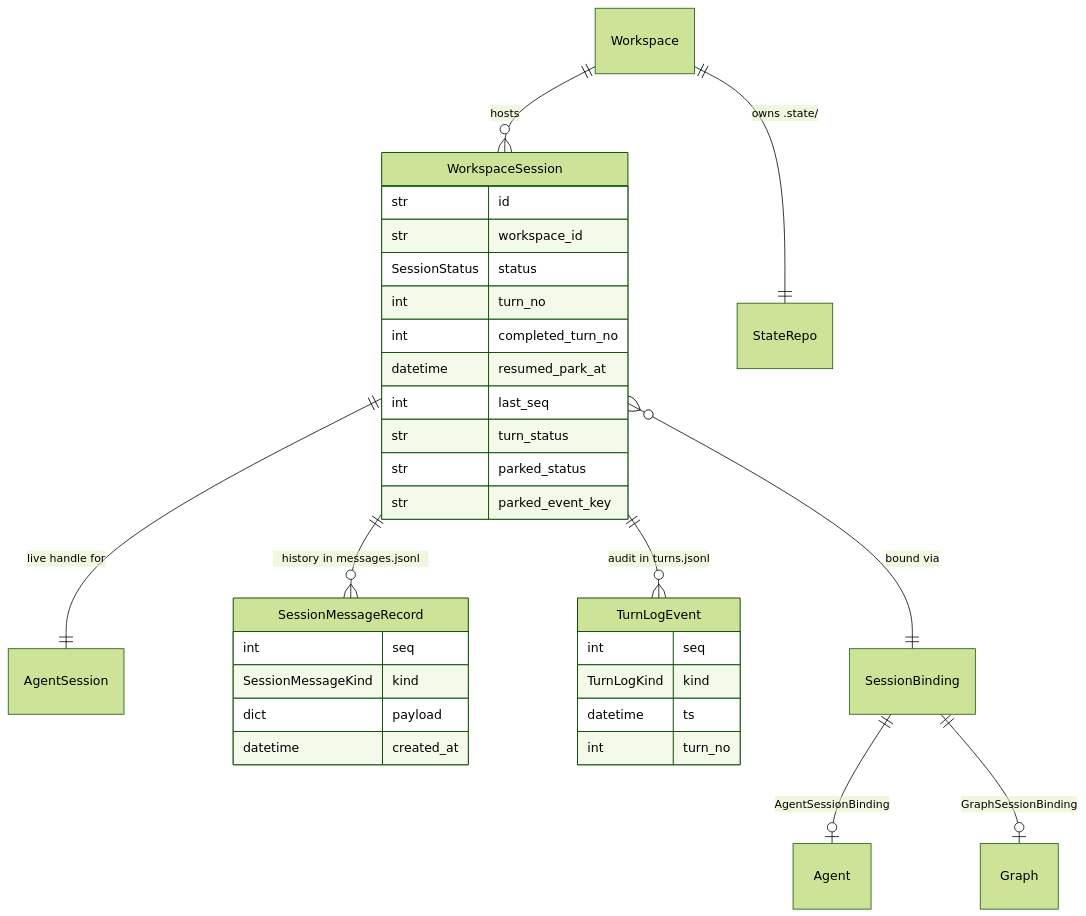
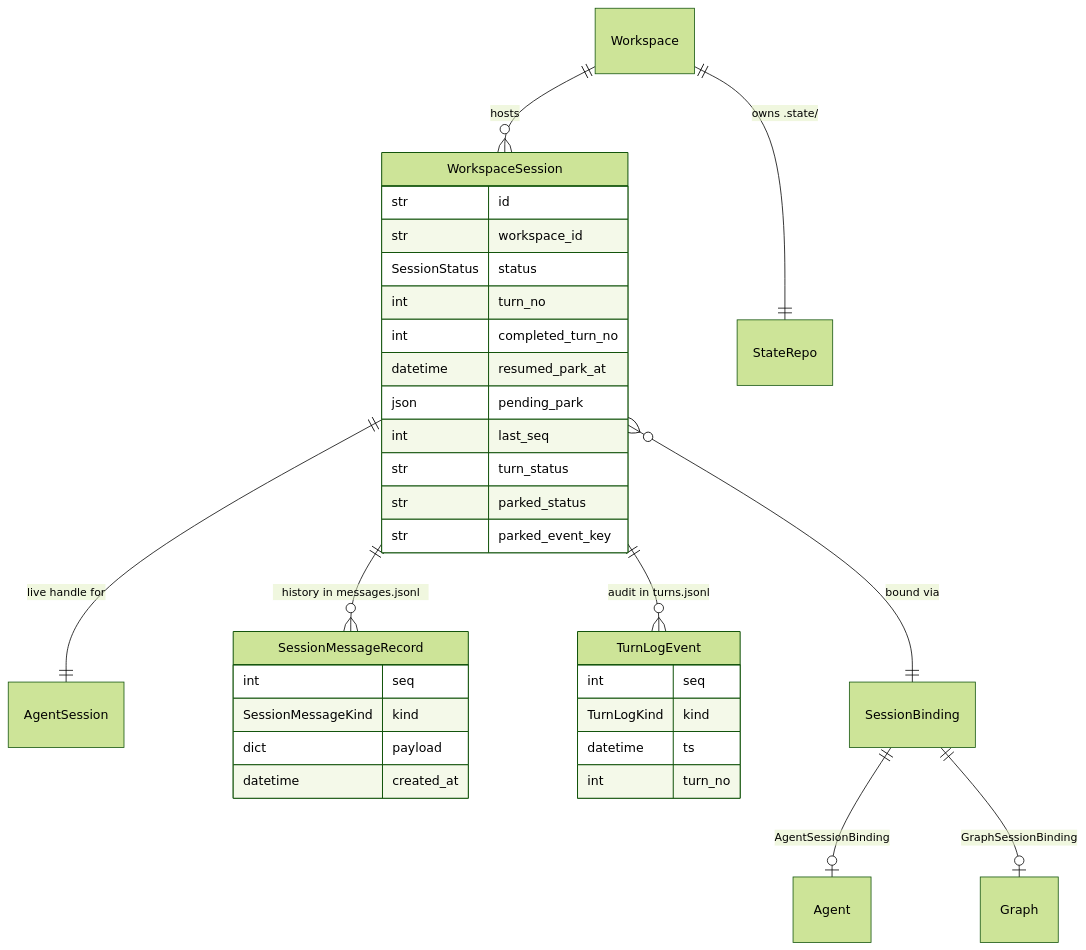
One commit to primerhq/primer changed the first of 3 diagrams in docs/dev/subsystems/sessions.md. Above: the diagram before and after it, drawn with Mermaid (forest theme). The commit also changed other lines of this file and 12 other files, not shown here.

````diff
--- a/docs/dev/subsystems/sessions.md
+++ b/docs/dev/subsystems/sessions.md
@@ -330,36 +330,37 @@
 ```mermaid
 erDiagram
     WorkspaceSession ||--|| AgentSession : "live handle for"
     WorkspaceSession ||--o{ SessionMessageRecord : "history in messages.jsonl"
     WorkspaceSession ||--o{ TurnLogEvent : "audit in turns.jsonl"
     Workspace ||--o{ WorkspaceSession : "hosts"
     Workspace ||--|| StateRepo : "owns .state/"
     WorkspaceSession }o--|| SessionBinding : "bound via"
     SessionBinding ||--o| Agent : "AgentSessionBinding"
     SessionBinding ||--o| Graph : "GraphSessionBinding"
 
     WorkspaceSession {
         str id
         str workspace_id
         SessionStatus status
         int turn_no
         int completed_turn_no
         datetime resumed_park_at
+        json pending_park
         int last_seq
         str turn_status
         str parked_status
         str parked_event_key
     }
     SessionMessageRecord {
         int seq
         SessionMessageKind kind
         dict payload
         datetime created_at
     }
     TurnLogEvent {
         int seq
         TurnLogKind kind
         datetime ts
         int turn_no
     }
 ```
````
